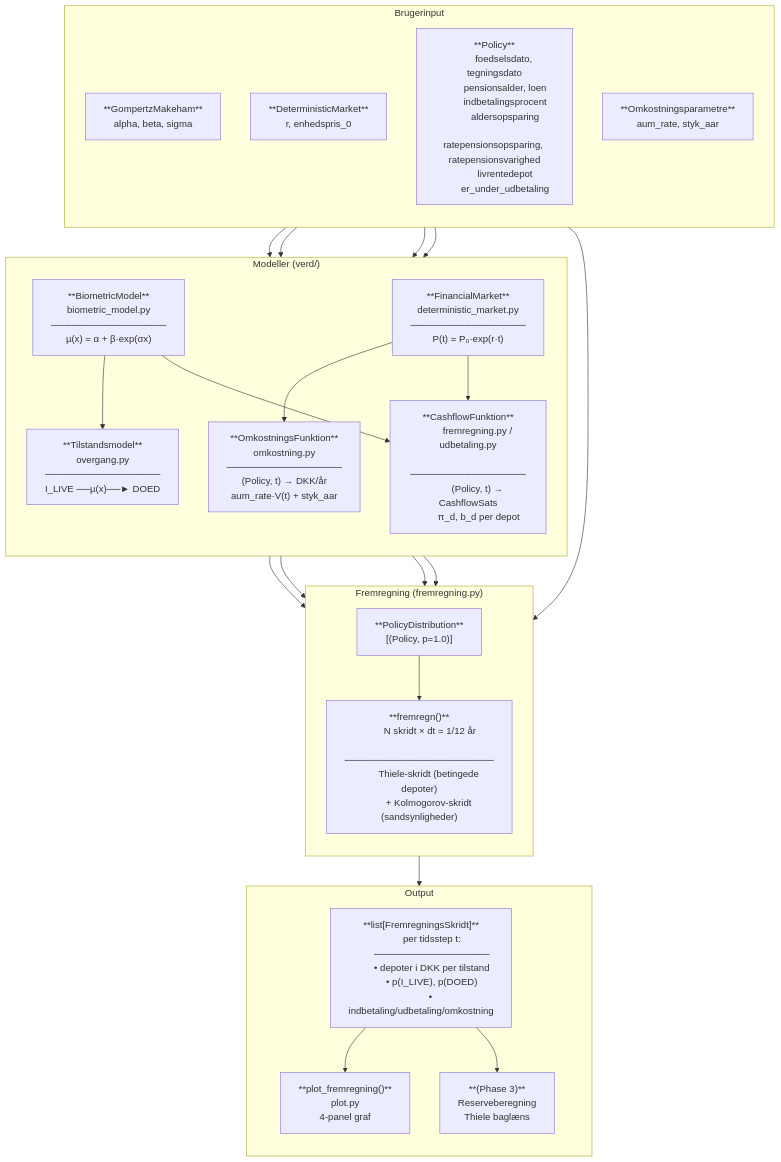
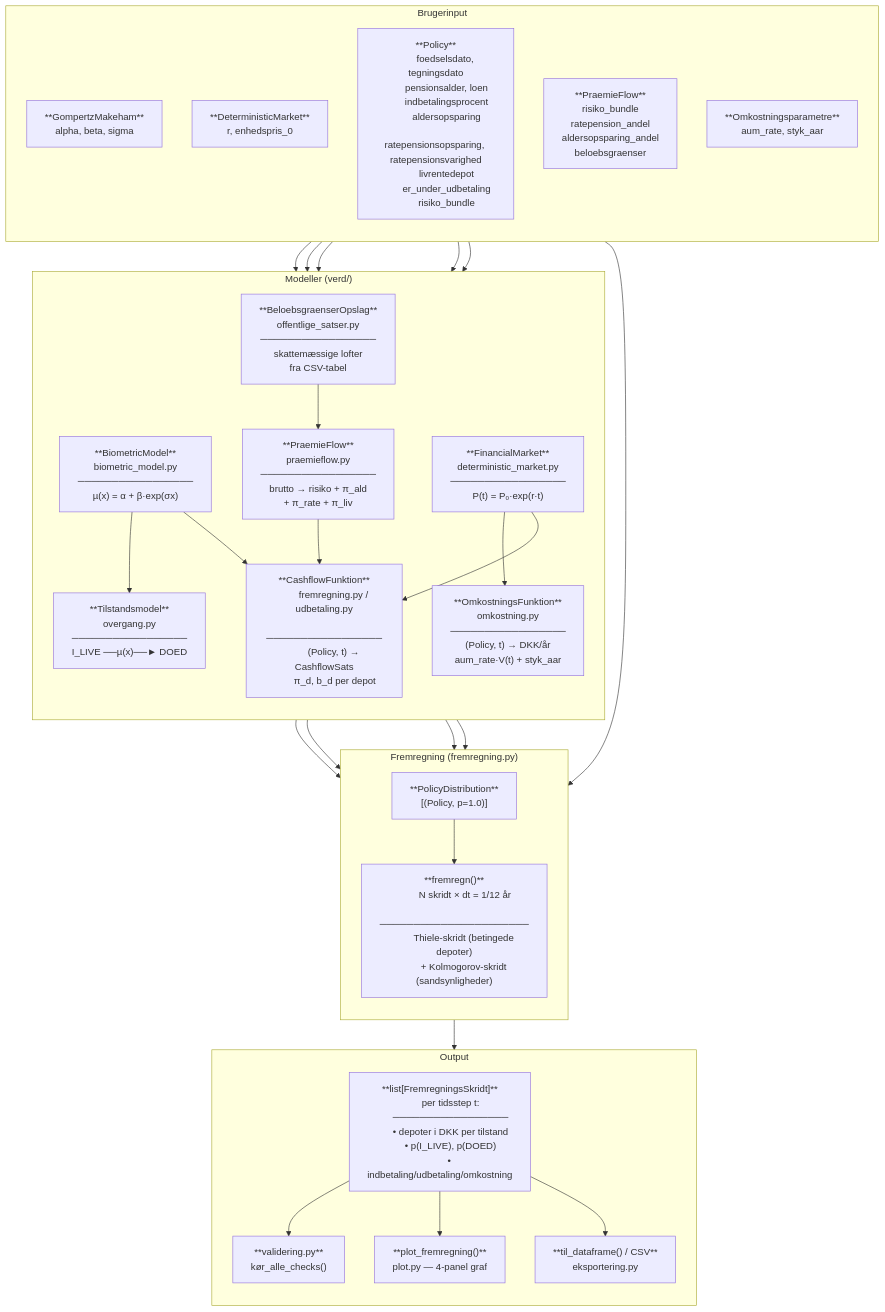
Before and after one commit to Alexlollike/Verd: the first of 2 diagrams in DOKUMENTATION.md, drawn with Mermaid. The commit also changed other lines of this file and 21 other files, not shown here.

````diff
--- a/DOKUMENTATION.md
+++ b/DOKUMENTATION.md
@@ -252,8 +406,14 @@
         aldersopsparing
         ratepensionsopsparing, ratepensionsvarighed
         livrentedepot
-        er_under_udbetaling"]
-        UI4["**Omkostningsparametre**
+        er_under_udbetaling
+        risiko_bundle"]
+        UI4["**PraemieFlow**
+        risiko_bundle
+        ratepension_andel
+        aldersopsparing_andel
+        beloebsgraenser"]
+        UI5["**Omkostningsparametre**
         aum_rate, styk_aar"]
     end
 
@@ -281,6 +441,16 @@
         ─────────────────
         (Policy, t) → DKK/år
         aum_rate·V(t) + styk_aar"]
+        PF["**PraemieFlow**
+        praemieflow.py
+        ─────────────────
+        brutto → risiko + π_ald
+        + π_rate + π_liv"]
+        SAT["**BeloebsgraenserOpslag**
+        offentlige_satser.py
+        ─────────────────
+        skattemæssige lofter
+        fra CSV-tabel"]
     end
 
     subgraph FREM ["Fremregning (fremregning.py)"]
@@ -302,29 +472,33 @@
         • depoter i DKK per tilstand
         • p(I_LIVE), p(DOED)
         • indbetaling/udbetaling/omkostning"]
+        VALID["**validering.py**
+        kør_alle_checks()"]
         PLOT["**plot_fremregning()**
-        plot.py
-        4-panel graf"]
-        FASE3["**(Phase 3)**
-        Reserveberegning
-        Thiele baglæns"]
+        plot.py — 4-panel graf"]
+        EXPORT["**til_dataframe() / CSV**
+        eksportering.py"]
     end
 
     UI1 --> BIO
     UI2 --> MKT
     UI3 --> DIST
     UI3 --> CF
-    UI4 --> OMK
+    UI4 --> PF
+    UI5 --> OMK
+    SAT --> PF
     MKT --> OMK
     BIO --> TS
     BIO --> CF
     MKT --> CF
+    PF --> CF
     DIST --> ENGINE
     TS --> ENGINE
     CF --> ENGINE
     OMK --> ENGINE
     MKT --> ENGINE
     ENGINE --> SKRIDT
+    SKRIDT --> VALID
     SKRIDT --> PLOT
-    SKRIDT --> FASE3
+    SKRIDT --> EXPORT
 ```
````
